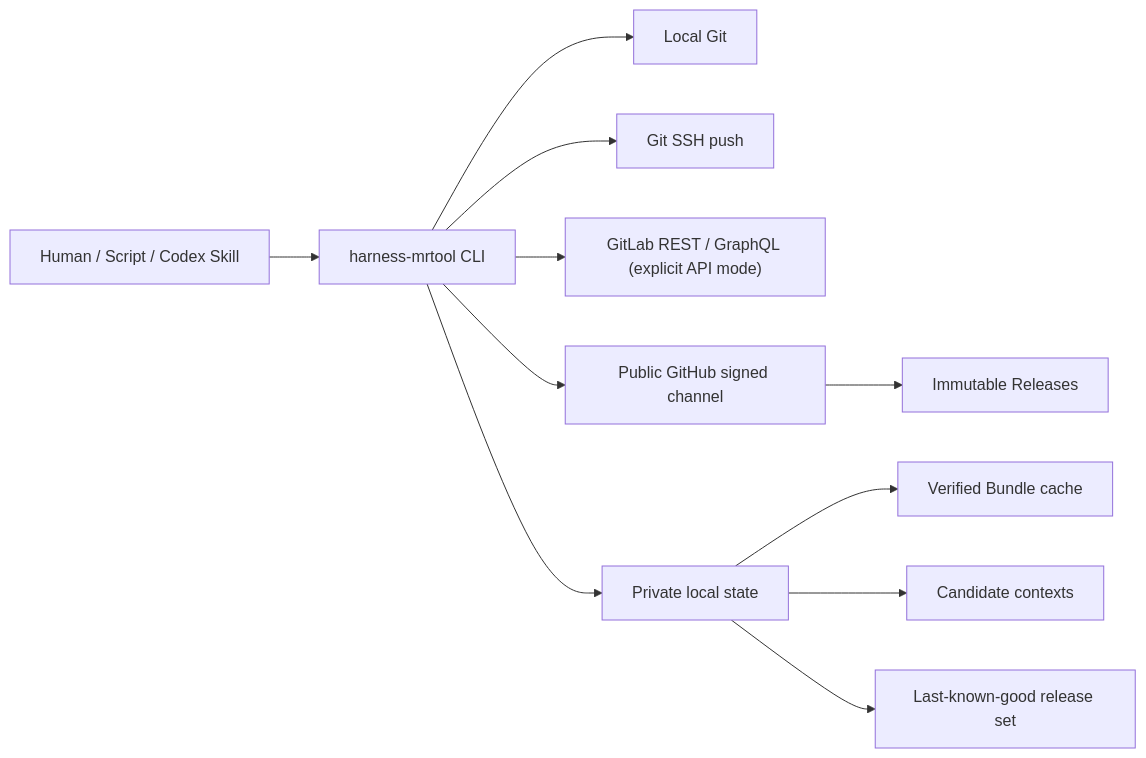
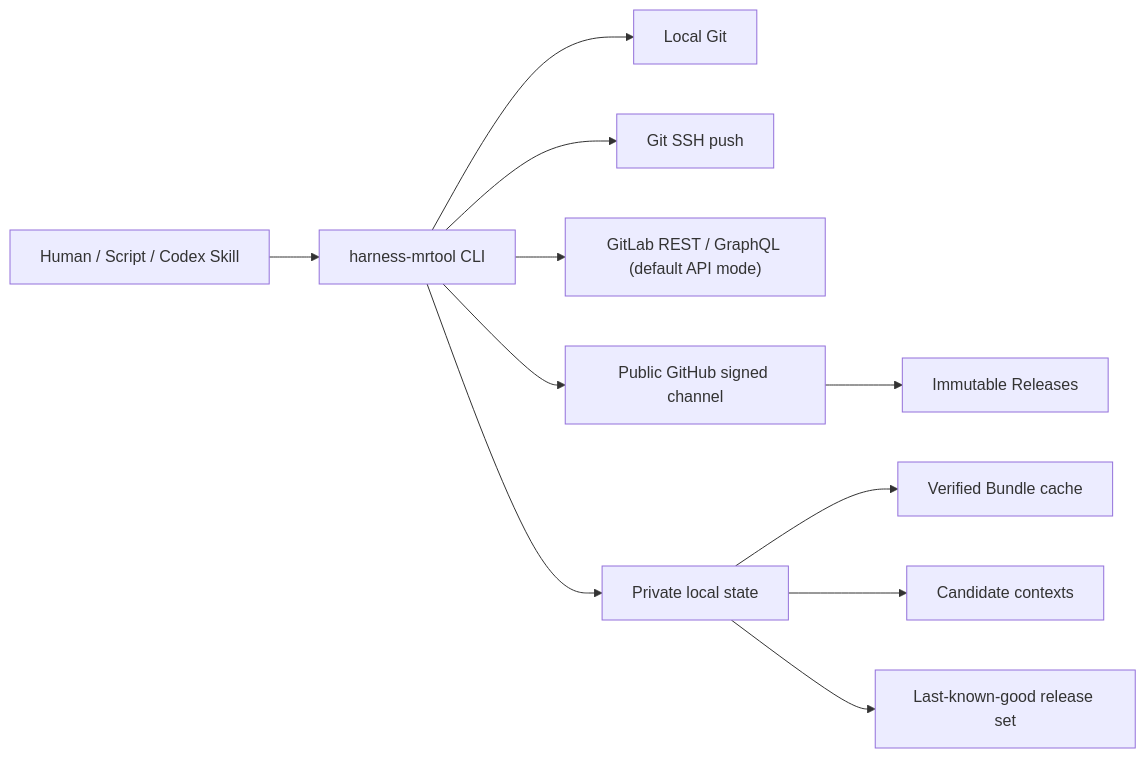
Before and after one commit to chengcheng93/harness-mrtool: the first of 2 diagrams in docs/architecture/harness-mrtool-architecture.md, drawn with Mermaid. The commit also changed other lines of this file and 26 other files, not shown here.

Commit message:
fix: default to API and allow local worktree changes

````diff
--- a/docs/architecture/harness-mrtool-architecture.md
+++ b/docs/architecture/harness-mrtool-architecture.md
@@ -45,13 +45,13 @@
 ```mermaid
 flowchart LR
     U["Human / Script / Codex Skill"] --> C["harness-mrtool CLI"]
     C --> G["Local Git"]
     C --> GIT["Git SSH push"]
-    C --> L["GitLab REST / GraphQL (explicit API mode)"]
+    C --> L["GitLab REST / GraphQL (default API mode)"]
     C --> H["Public GitHub signed channel"]
     H --> R["Immutable Releases"]
     C --> S["Private local state"]
     S --> B["Verified Bundle cache"]
     S --> X["Candidate contexts"]
     S --> K["Last-known-good release set"]
 ```
````
